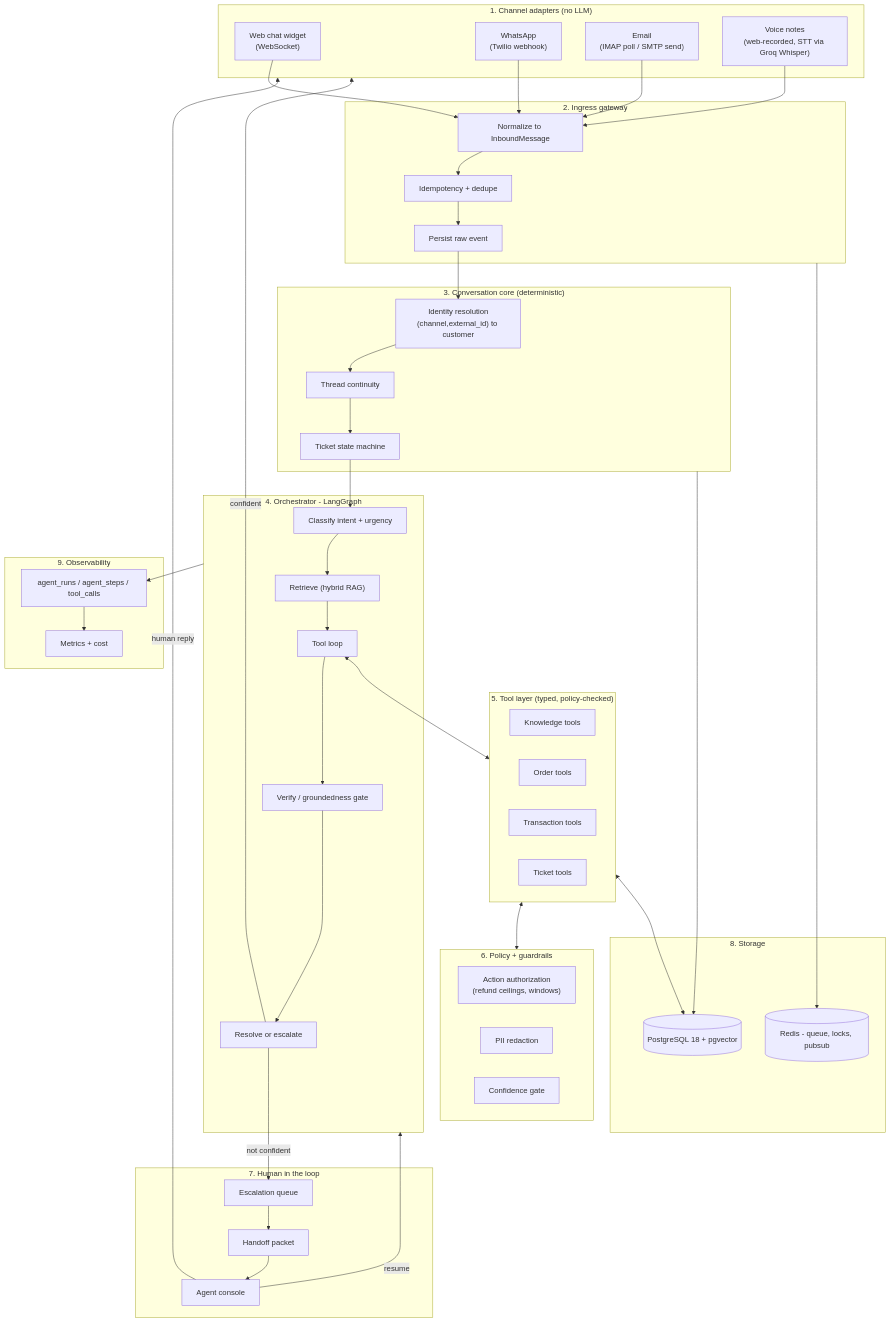
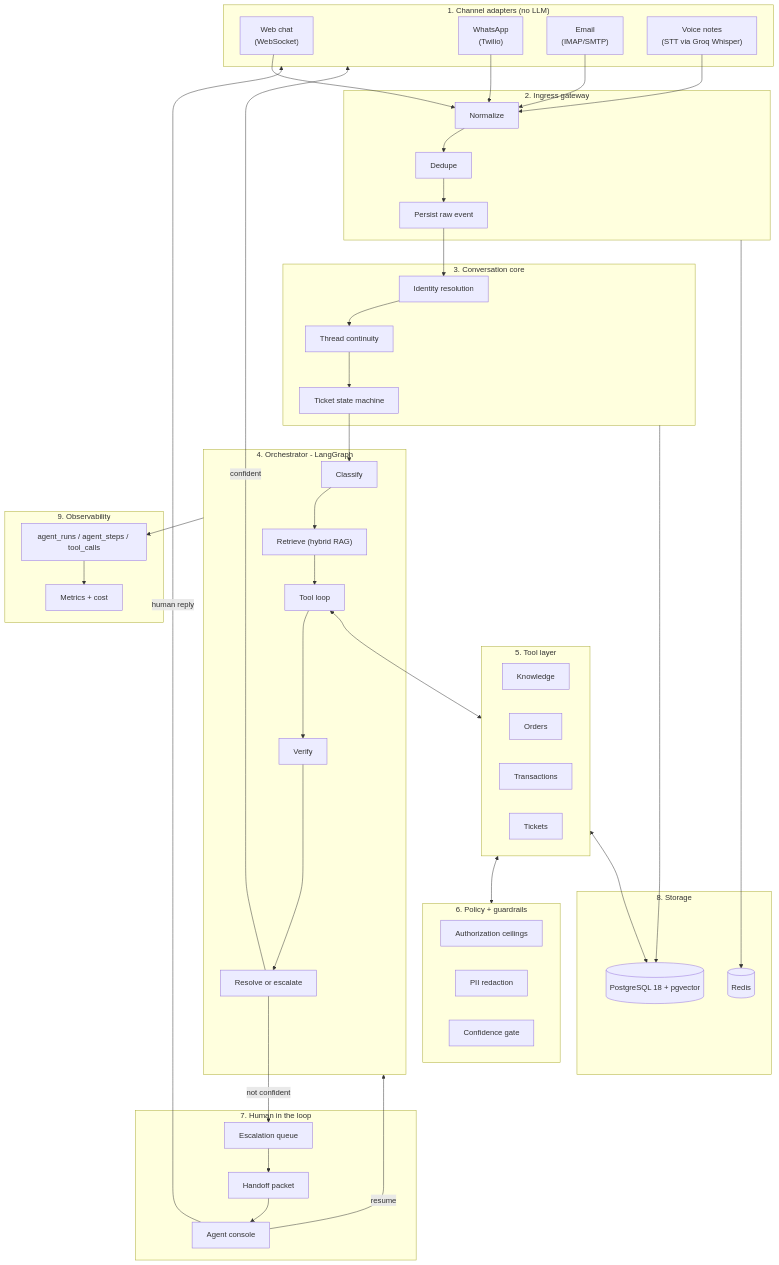
The diagram in README.md (Sarcastic-Soul/agentic-customer-support-ticket-system), drawn with Mermaid before and after one commit. The commit also changed other lines of this file and 1 other file, not shown here.

````diff
--- a/README.md
+++ b/README.md
@@ -43,77 +30,77 @@
 ```mermaid
 flowchart TB
     subgraph CH["1. Channel adapters (no LLM)"]
-        W["Web chat widget<br/>(WebSocket)"]
-        WA["WhatsApp<br/>(Twilio webhook)"]
-        EM["Email<br/>(IMAP poll / SMTP send)"]
-        VO["Voice notes<br/>(web-recorded, STT via Groq Whisper)"]
+        W["Web chat<br/>(WebSocket)"]
+        WA["WhatsApp<br/>(Twilio)"]
+        EM["Email<br/>(IMAP/SMTP)"]
+        VO["Voice notes<br/>(STT via Groq Whisper)"]
     end
 
     subgraph GW["2. Ingress gateway"]
-        NORM["Normalize to InboundMessage"]
-        DEDUP["Idempotency + dedupe"]
+        NORM["Normalize"]
+        DEDUP["Dedupe"]
         RAW["Persist raw event"]
     end
 
-    subgraph CORE["3. Conversation core (deterministic)"]
-        IDENT["Identity resolution<br/>(channel,external_id) to customer"]
+    subgraph CORE["3. Conversation core"]
+        IDENT["Identity resolution"]
         THREAD["Thread continuity"]
         TSM["Ticket state machine"]
     end
 
     subgraph ORCH["4. Orchestrator - LangGraph"]
-        CLS["Classify intent + urgency"]
+        CLS["Classify"]
         RET["Retrieve (hybrid RAG)"]
         ACT["Tool loop"]
-        VER["Verify / groundedness gate"]
+        VER["Verify"]
         DEC["Resolve or escalate"]
     end
 
-    subgraph TOOLS["5. Tool layer (typed, policy-checked)"]
-        KB["Knowledge tools"]
-        ORD["Order tools"]
-        TXN["Transaction tools"]
-        TKT["Ticket tools"]
+    subgraph TOOLS["5. Tool layer"]
+        KB["Knowledge"]
+        ORD["Orders"]
+        TXN["Transactions"]
+        TKT["Tickets"]
     end
 
     subgraph POL["6. Policy + guardrails"]
-        AUTH["Action authorization<br/>(refund ceilings, windows)"]
+        AUTH["Authorization ceilings"]
         PII["PII redaction"]
         CONF["Confidence gate"]
     end
 
     subgraph HIL["7. Human in the loop"]
         Q["Escalation queue"]
         PKT["Handoff packet"]
         CON["Agent console"]
     end
 
     subgraph DATA["8. Storage"]
         PG[("PostgreSQL 18 + pgvector")]
-        RD[("Redis - queue, locks, pubsub")]
+        RD[("Redis")]
     end
 
     subgraph OBS["9. Observability"]
         TR["agent_runs / agent_steps / tool_calls"]
         MET["Metrics + cost"]
     end
 
     W --> NORM
     WA --> NORM
     EM --> NORM
     VO --> NORM
     NORM --> DEDUP --> RAW --> IDENT --> THREAD --> TSM --> CLS
     CLS --> RET --> ACT --> VER --> DEC
     ACT <--> TOOLS
     TOOLS <--> POL
     TOOLS <--> PG
     DEC -->|confident| CH
     DEC -->|not confident| Q
     Q --> PKT --> CON
     CON -->|human reply| CH
     CON -->|resume| ORCH
     ORCH --> TR
     CORE --> PG
     GW --> RD
     TR --> MET
 ```
````
